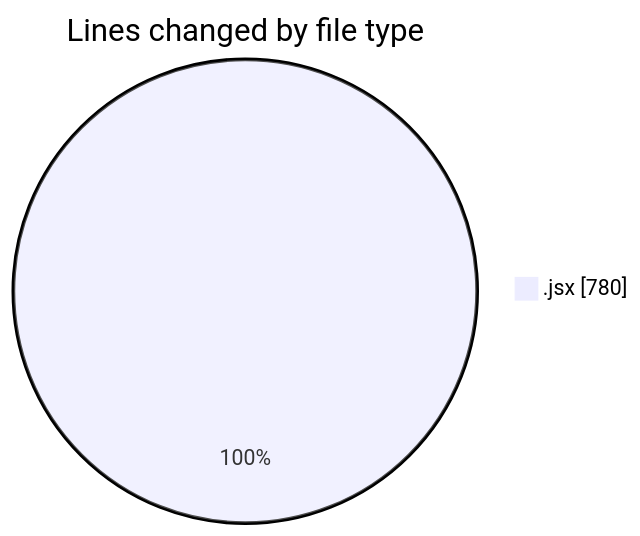
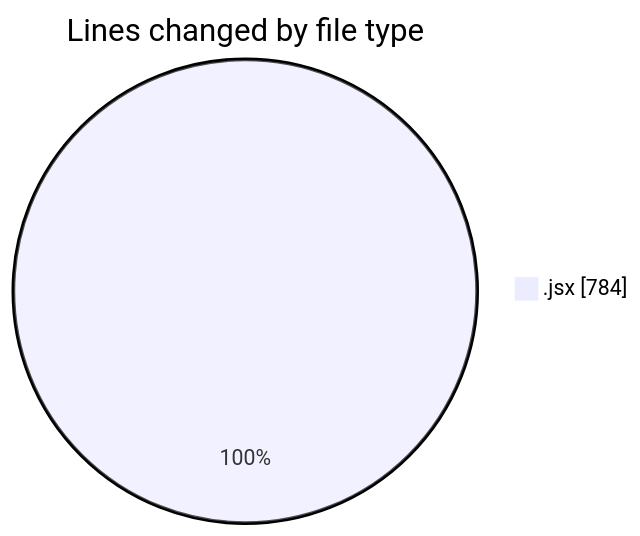
One commit to nxtqubesakshisongat/code-tracking changed the first of 2 diagrams in 2025-08-22/nxtqube_webapp/README.md. Above: the diagram before and after it, drawn with Mermaid. The commit also changed other lines of this file and 1 other file, not shown here.

````diff
--- a/2025-08-22/nxtqube_webapp/README.md
+++ b/2025-08-22/nxtqube_webapp/README.md
@@ -20,5 +20,5 @@
 ```mermaid
 pie showData
 title Lines changed by file type
-".jsx" : 780
+".jsx" : 784
 ```
````
